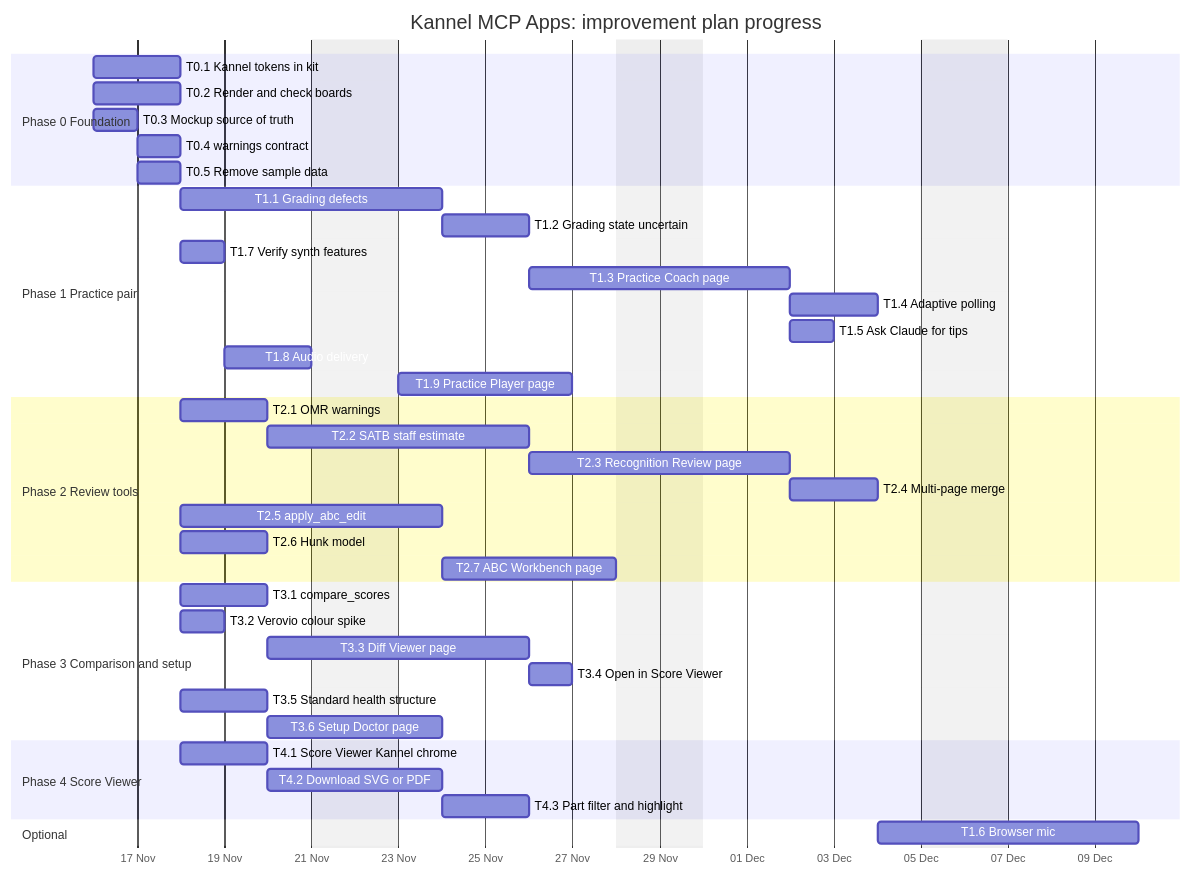
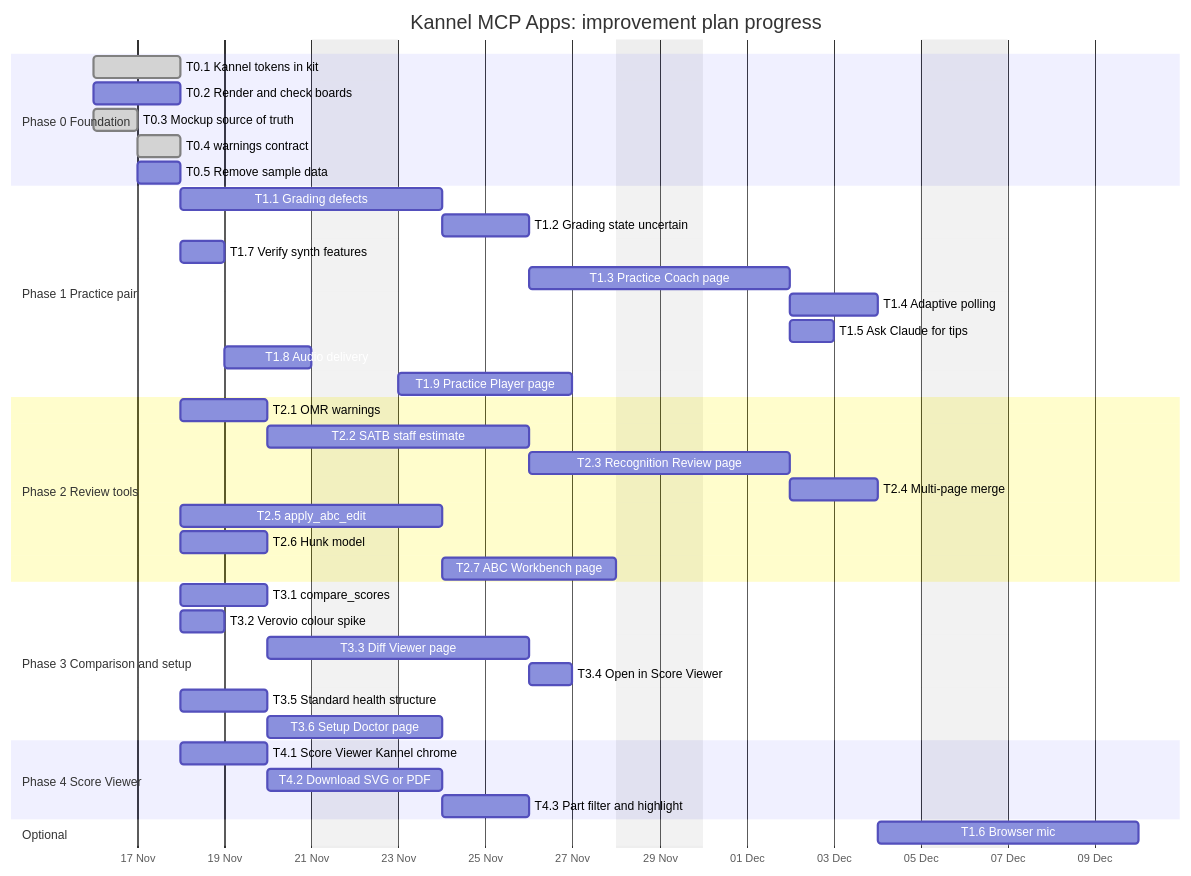
The diagram in docs/research/mcp-apps-improvement-plan.md (raulkivi/sheet-music-mcp), drawn with Mermaid before and after one commit. The commit also changed other lines of this file, not shown here.

````diff
--- a/docs/research/mcp-apps-improvement-plan.md
+++ b/docs/research/mcp-apps-improvement-plan.md
@@ -181,50 +181,50 @@
 ```mermaid
 gantt
     title Kannel MCP Apps: improvement plan progress
     dateFormat YYYY-MM-DD
     axisFormat %d %b
     excludes weekends
     todayMarker off
 
     section Phase 0 Foundation
-    T0.1 Kannel tokens in kit           :t01, 2026-11-16, 2d
+    T0.1 Kannel tokens in kit           :done, t01, 2026-11-16, 2d
     T0.2 Render and check boards        :t02, 2026-11-16, 2d
-    T0.3 Mockup source of truth         :t03, 2026-11-16, 1d
-    T0.4 warnings contract              :t04, after t03, 1d
+    T0.3 Mockup source of truth         :done, t03, 2026-11-16, 1d
+    T0.4 warnings contract              :done, t04, after t03, 1d
     T0.5 Remove sample data             :t05, after t03, 1d
 
     section Phase 1 Practice pair
     T1.1 Grading defects                :t11, after t04, 4d
     T1.2 Grading state uncertain        :t12, after t11, 2d
     T1.7 Verify synth features          :t17, after t05, 1d
     T1.3 Practice Coach page            :t13, after t12, 4d
     T1.4 Adaptive polling               :t14, after t13, 2d
     T1.5 Ask Claude for tips            :t15, after t13, 1d
     T1.8 Audio delivery                 :t18, after t17, 2d
     T1.9 Practice Player page           :t19, after t18 t01, 4d
 
     section Phase 2 Review tools
     T2.1 OMR warnings                   :t21, after t04, 2d
     T2.2 SATB staff estimate            :t22, after t21, 4d
     T2.3 Recognition Review page        :t23, after t22, 4d
     T2.4 Multi-page merge               :t24, after t23, 2d
     T2.5 apply_abc_edit                 :t25, after t04, 4d
     T2.6 Hunk model                     :t26, after t02, 2d
     T2.7 ABC Workbench page             :t27, after t25 t26, 4d
 
     section Phase 3 Comparison and setup
     T3.1 compare_scores                 :t31, after t04, 2d
     T3.2 Verovio colour spike           :t32, after t04, 1d
     T3.3 Diff Viewer page               :t33, after t31 t32, 4d
     T3.4 Open in Score Viewer           :t34, after t33, 1d
     T3.5 Standard health structure      :t35, after t04, 2d
     T3.6 Setup Doctor page              :t36, after t35, 2d
 
     section Phase 4 Score Viewer
     T4.1 Score Viewer Kannel chrome     :t41, after t01, 2d
     T4.2 Download SVG or PDF            :t42, after t41, 2d
     T4.3 Part filter and highlight      :t43, after t42, 2d
 
     section Optional
     T1.6 Browser mic                    :t16, after t14, 4d
 ```
````
